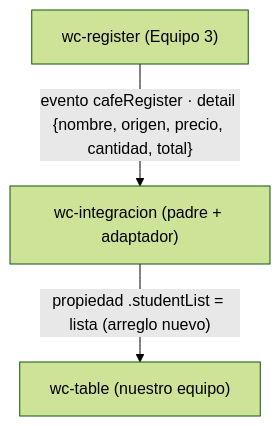
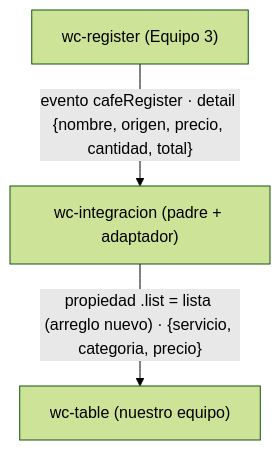
Before and after one commit to crismch004-max/app-lit-G2: the diagram in src/views/integracion/integracion.md, drawn with Mermaid (forest theme). The commit also changed other lines of this file and 4 other files, not shown here.

````diff
--- a/src/views/integracion/integracion.md
+++ b/src/views/integracion/integracion.md
@@ -22,5 +22,5 @@
 ```mermaid
 flowchart TD
     F["wc-register (Equipo 3)"] -- "evento cafeRegister · detail {nombre, origen, precio, cantidad, total}" --> P["wc-integracion (padre + adaptador)"]
-    P -- "propiedad .studentList = lista (arreglo nuevo)" --> T["wc-table (nuestro equipo)"]
+    P -- "propiedad .list = lista (arreglo nuevo) · {servicio, categoria, precio}" --> T["wc-table (nuestro equipo)"]
 ```
````
